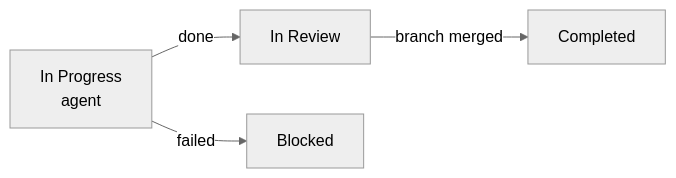
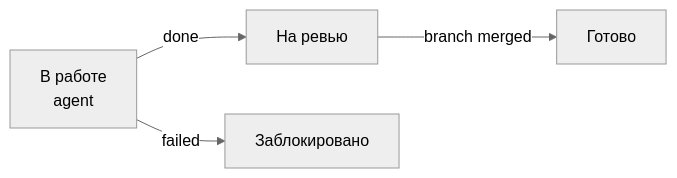
The fifth of 5 diagrams in docs/flows.md (artipop/xciii), drawn with Mermaid (neutral theme) before and after one commit. The commit also changed other lines of this file and 19 other files, not shown here.

````diff
--- a/docs/flows.md
+++ b/docs/flows.md
@@ -155,6 +155,6 @@
 ```mermaid
 flowchart LR
-    P["In Progress<br/>agent"] -->|done| R["In Review"]
-    P -->|failed| B["Blocked"]
-    R -->|branch merged| C["Completed"]
+    P["В работе<br/>agent"] -->|done| R["На ревью"]
+    P -->|failed| B["Заблокировано"]
+    R -->|branch merged| C["Готово"]
 ```
````
